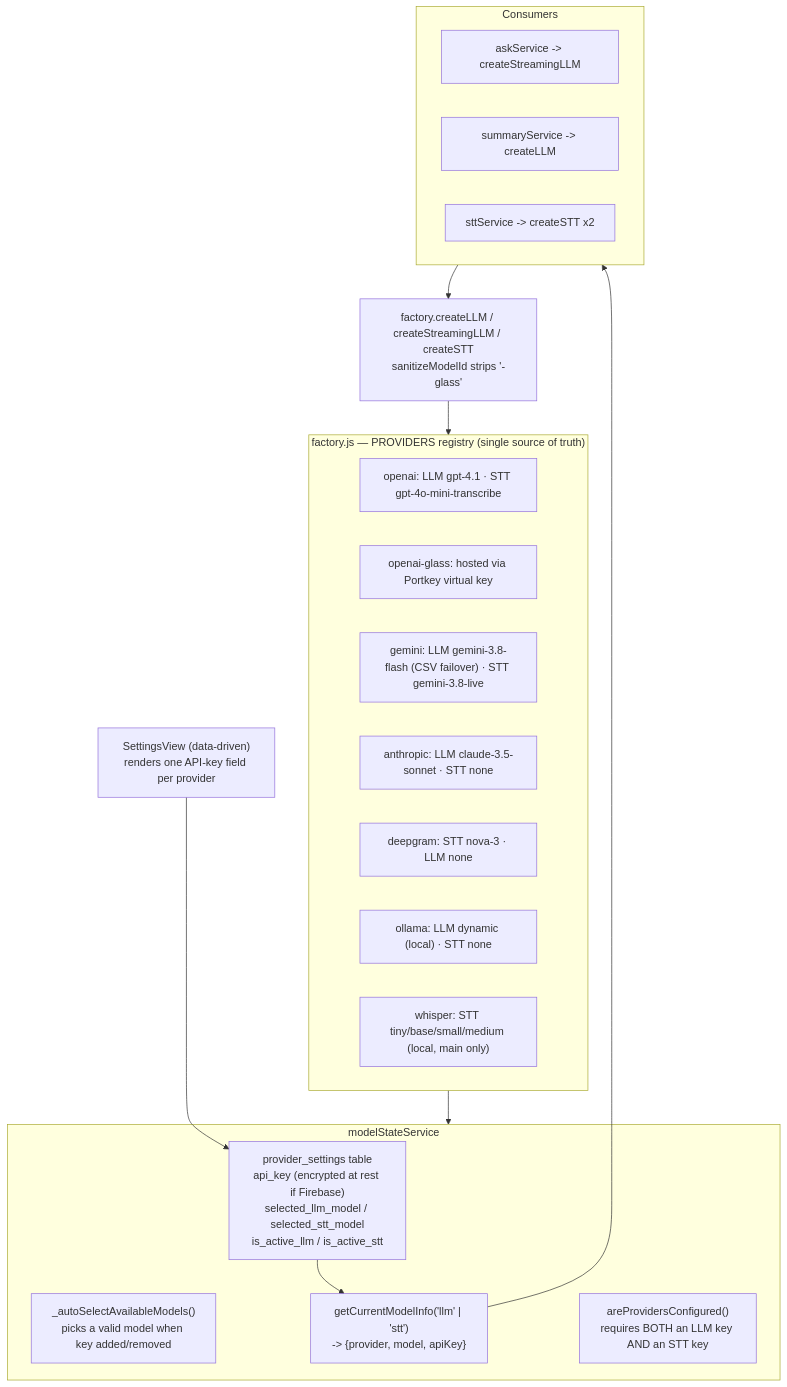
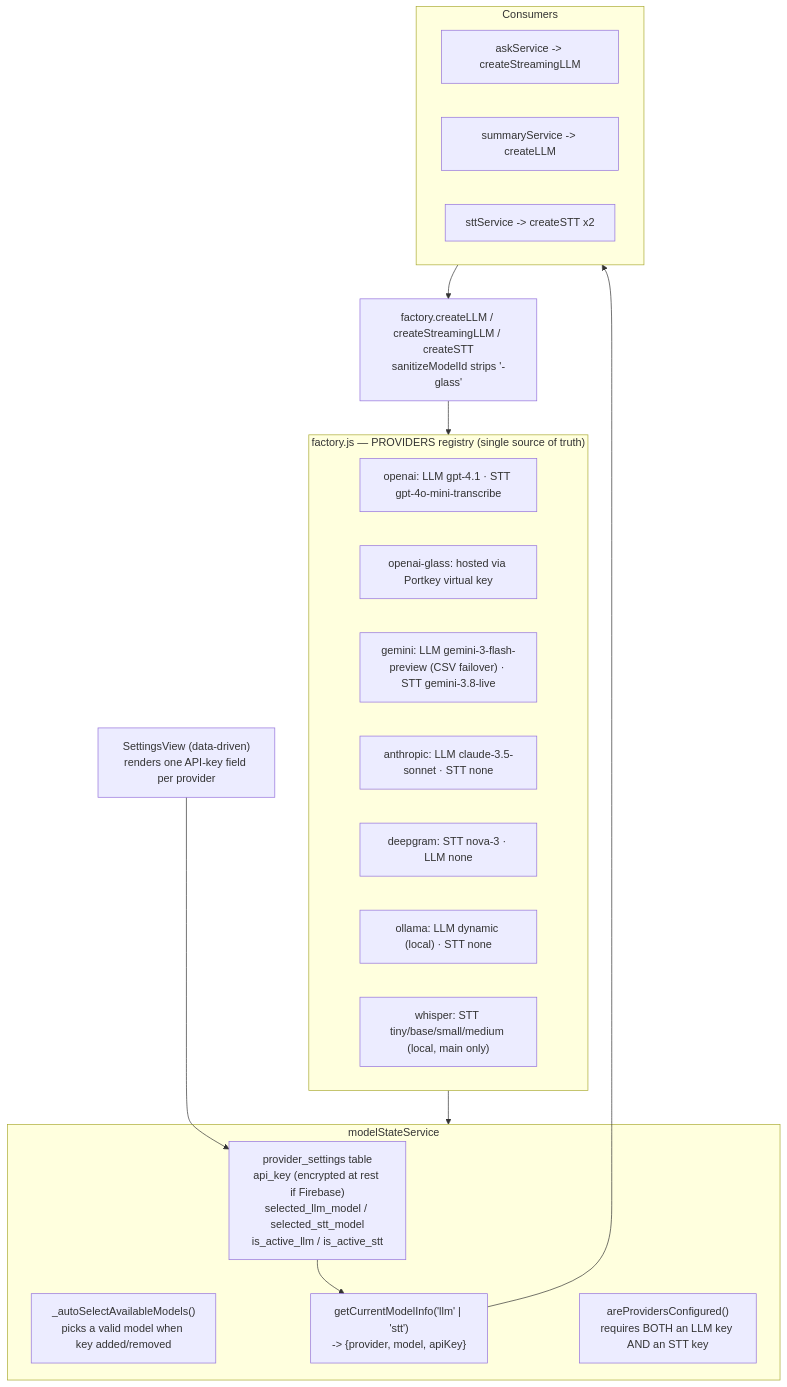
The diagram in docs/diagrams/10-provider-factory-and-model-state.mmd (tas88-sys/glass), drawn with Mermaid before and after one commit. The commit also changed 7 other files, not shown here.

First line of the commit message:
default gemini llm to gemini-3-flash-preview

```diff
--- a/docs/diagrams/10-provider-factory-and-model-state.mmd
+++ b/docs/diagrams/10-provider-factory-and-model-state.mmd
@@ -1,35 +1,35 @@
 %% 10 - AI Provider Factory + Model State resolution
 %% A single registry (factory.js PROVIDERS) drives the whole model layer and the
 %% Settings UI. modelStateService resolves {provider, model, apiKey} at call time.
 flowchart TB
     subgraph registry["factory.js — PROVIDERS registry (single source of truth)"]
         direction LR
         r1["openai: LLM gpt-4.1 · STT gpt-4o-mini-transcribe"]
         r2["openai-glass: hosted via Portkey virtual key"]
-        r3["gemini: LLM gemini-3.8-flash (CSV failover) · STT gemini-3.8-live"]
+        r3["gemini: LLM gemini-3-flash-preview (CSV failover) · STT gemini-3.8-live"]
         r4["anthropic: LLM claude-3.5-sonnet · STT none"]
         r5["deepgram: STT nova-3 · LLM none"]
         r6["ollama: LLM dynamic (local) · STT none"]
         r7["whisper: STT tiny/base/small/medium (local, main only)"]
     end
 
     subgraph state["modelStateService"]
         keys["provider_settings table<br/>api_key (encrypted at rest if Firebase)<br/>selected_llm_model / selected_stt_model<br/>is_active_llm / is_active_stt"]
         auto["_autoSelectAvailableModels()<br/>picks a valid model when key added/removed"]
         resolve["getCurrentModelInfo('llm' | 'stt')<br/>-> {provider, model, apiKey}"]
         gate["areProvidersConfigured()<br/>requires BOTH an LLM key AND an STT key"]
     end
 
     subgraph consumers["Consumers"]
         ask["askService -> createStreamingLLM"]
         summ["summaryService -> createLLM"]
         stt["sttService -> createSTT x2"]
     end
 
     registry --> state
     keys --> resolve
     resolve --> consumers
     consumers --> dispatch["factory.createLLM / createStreamingLLM / createSTT<br/>sanitizeModelId strips '-glass'"]
     dispatch --> registry
 
     settingsui["SettingsView (data-driven)<br/>renders one API-key field per provider"] --> keys
```
